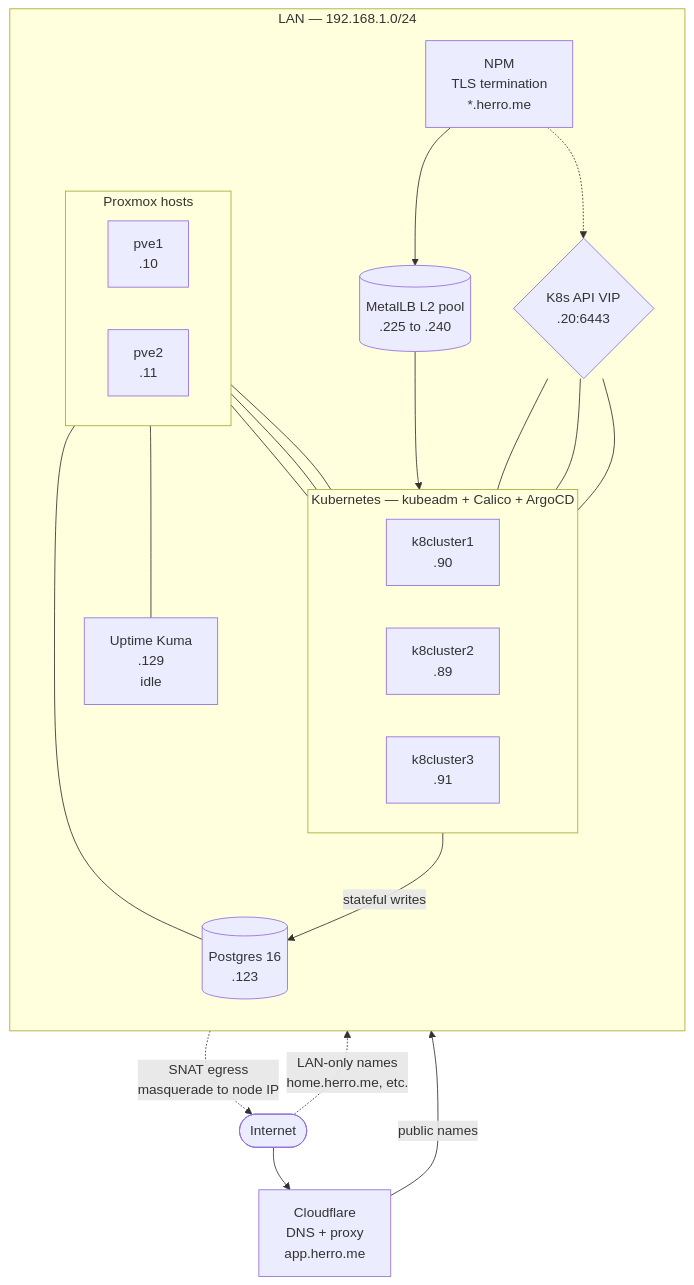
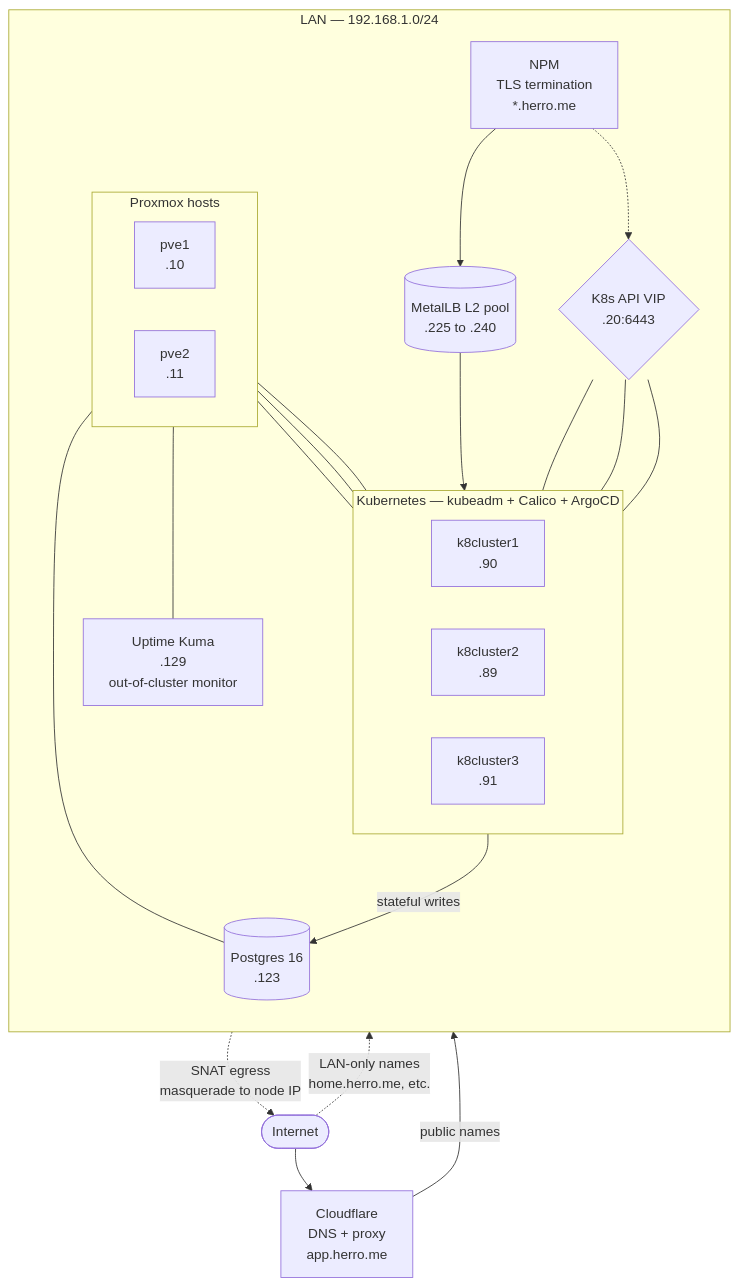
Before and after one commit to mithr4ndir/quasarlab-docs: the diagram in docs/architecture/visuals.md, drawn with Mermaid. The commit also changed 14 other files, not shown here.

````diff
--- a/docs/architecture/visuals.md
+++ b/docs/architecture/visuals.md
@@ -15,46 +15,46 @@
 ```mermaid
 flowchart TB
   Internet([Internet])
   CF["Cloudflare<br/>DNS + proxy<br/>app.herro.me"]
 
   subgraph LAN["LAN — 192.168.1.0/24"]
     direction TB
     NPM["NPM<br/>TLS termination<br/>*.herro.me"]
     MLB[("MetalLB L2 pool<br/>.225 to .240")]
     VIP{"K8s API VIP<br/>.20:6443"}
 
     subgraph K8s["Kubernetes — kubeadm + Calico + ArgoCD"]
       direction LR
       K1["k8cluster1<br/>.90"]
       K2["k8cluster2<br/>.89"]
       K3["k8cluster3<br/>.91"]
     end
 
     PG[("Postgres 16<br/>.123")]
-    UK["Uptime Kuma<br/>.129<br/>idle"]
+    UK["Uptime Kuma<br/>.129<br/>out-of-cluster monitor"]
 
     subgraph PVE["Proxmox hosts"]
       direction LR
       P1["pve1<br/>.10"]
       P2["pve2<br/>.11"]
     end
   end
 
   Internet --> CF
   CF -->|public names| NPM
   Internet -.->|LAN-only names<br/>home.herro.me, etc.| NPM
   NPM --> MLB
   NPM -.-> VIP
   MLB --> K8s
   VIP --- K1
   VIP --- K2
   VIP --- K3
   K8s -->|stateful writes| PG
   K8s -. SNAT egress<br/>masquerade to node IP .-> Internet
 
   P1 --- K1
   P1 --- K2
   P2 --- K3
   P2 --- PG
   P2 --- UK
 ```
````
